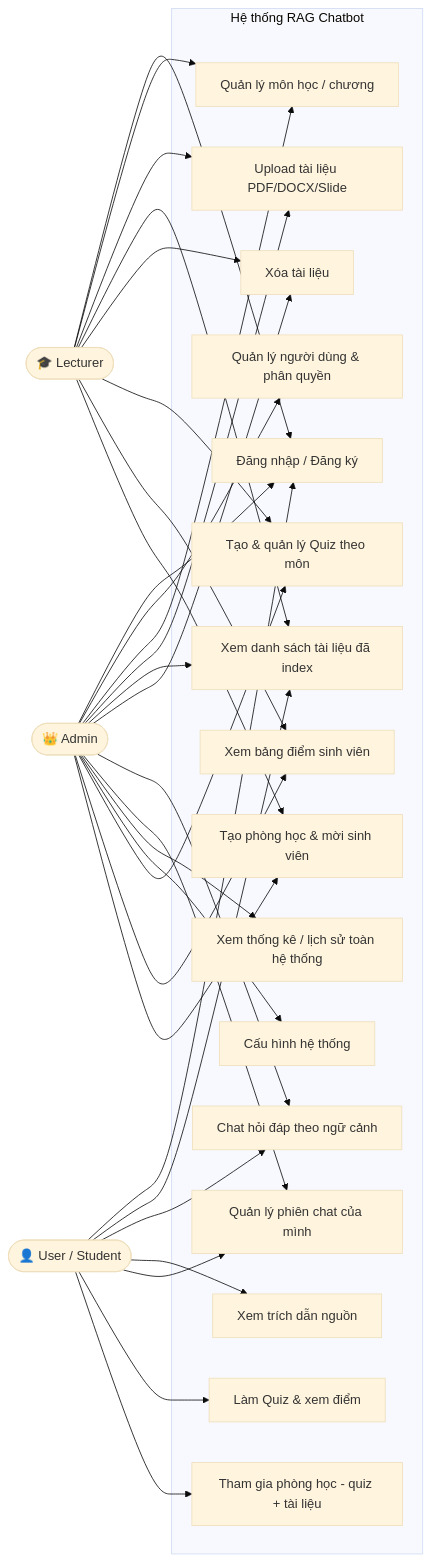
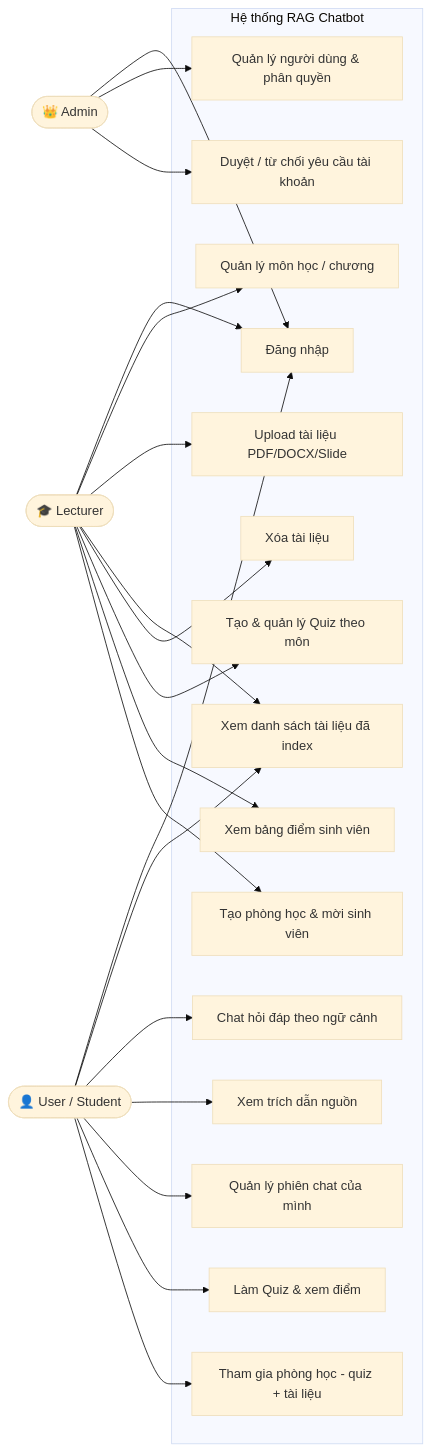
One commit to Scobydoo1/swd changed the first of 13 diagrams in docs/DESIGN.md. Above: the diagram before and after it, drawn with Mermaid (base theme). The commit also changed other lines of this file and 27 other files, not shown here.

````diff
--- a/docs/DESIGN.md
+++ b/docs/DESIGN.md
@@ -11,56 +11,45 @@
 ```mermaid
 graph LR
     Admin([👑 Admin])
     Lecturer([🎓 Lecturer])
     User([👤 User / Student])
 
     subgraph "Hệ thống RAG Chatbot"
-        UC1[Đăng nhập / Đăng ký]
+        UC1[Đăng nhập]
         UC2[Quản lý người dùng & phân quyền]
+        UC2b[Duyệt / từ chối yêu cầu tài khoản]
         UC3[Quản lý môn học / chương]
         UC4[Upload tài liệu PDF/DOCX/Slide]
         UC5[Xem danh sách tài liệu đã index]
         UC6[Xóa tài liệu]
         UC7[Chat hỏi đáp theo ngữ cảnh]
         UC8[Xem trích dẫn nguồn]
         UC9[Quản lý phiên chat của mình]
-        UC10[Xem thống kê / lịch sử toàn hệ thống]
-        UC11[Cấu hình hệ thống]
         UC12[Tạo & quản lý Quiz theo môn]
         UC13[Làm Quiz & xem điểm]
         UC14[Xem bảng điểm sinh viên]
         UC15[Tạo phòng học & mời sinh viên]
         UC16[Tham gia phòng học - quiz + tài liệu]
     end
 
     User --> UC1
     User --> UC5
     User --> UC7
     User --> UC8
     User --> UC9
     User --> UC13
     User --> UC16
 
     Lecturer --> UC1
     Lecturer --> UC3
     Lecturer --> UC4
     Lecturer --> UC5
     Lecturer --> UC6
     Lecturer --> UC12
     Lecturer --> UC14
     Lecturer --> UC15
 
     Admin --> UC1
     Admin --> UC2
-    Admin --> UC3
-    Admin --> UC4
-    Admin --> UC5
-    Admin --> UC6
-    Admin --> UC7
-    Admin --> UC9
-    Admin --> UC10
-    Admin --> UC11
-    Admin --> UC12
-    Admin --> UC14
-    Admin --> UC15
+    Admin --> UC2b
 ```
````
